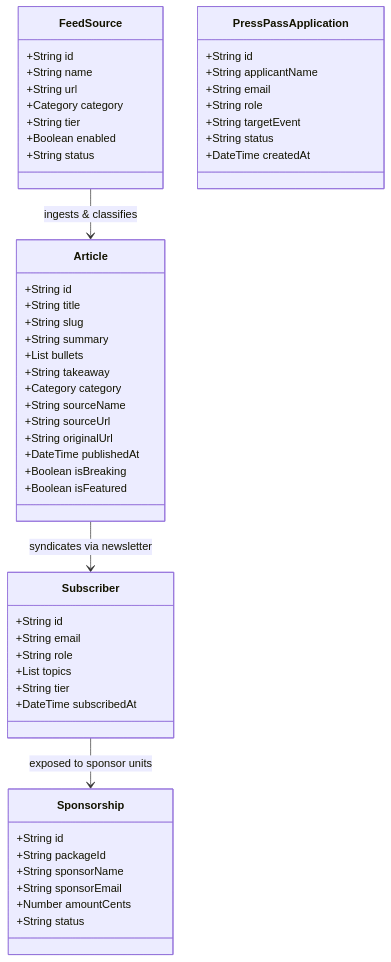
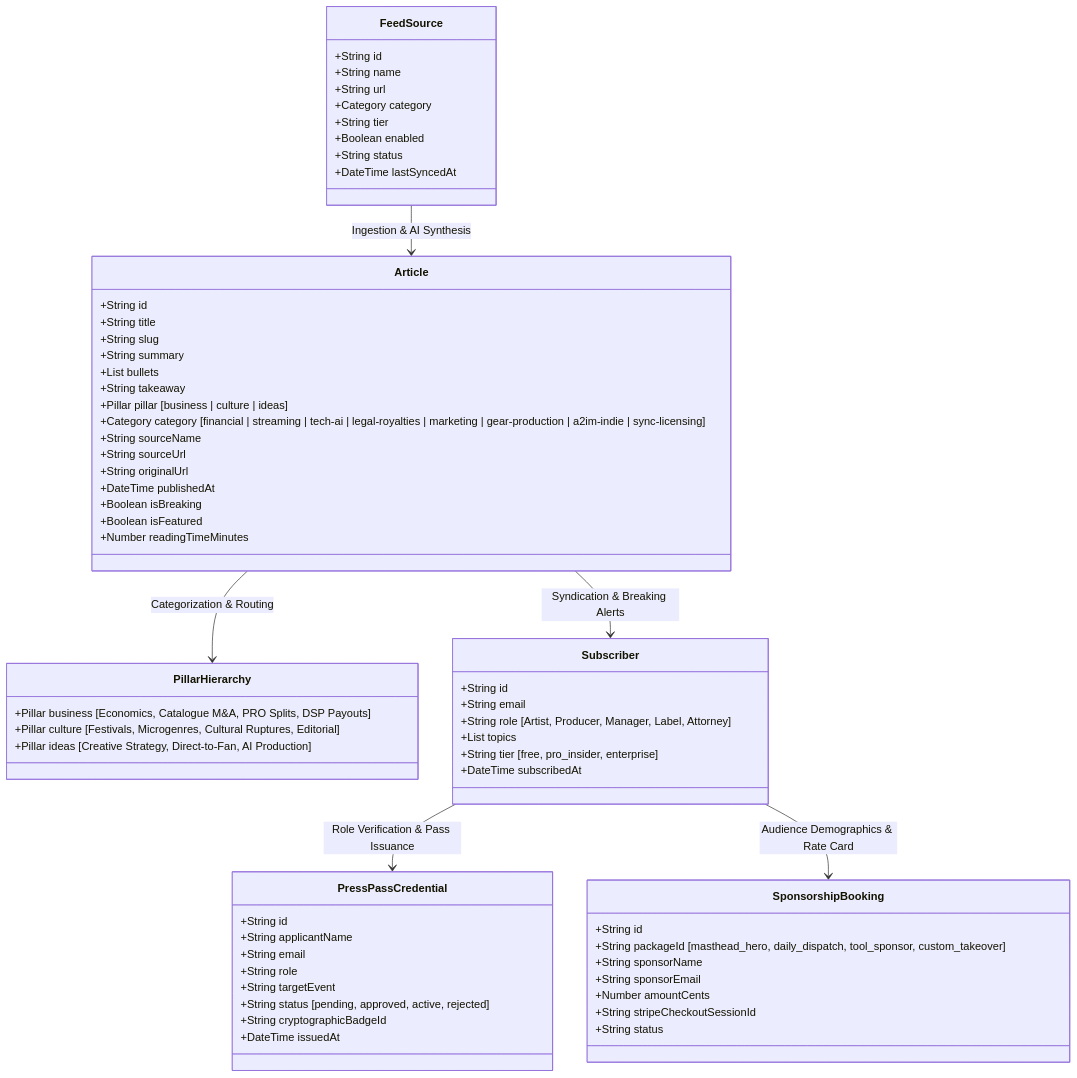
One commit to diamitani/artistdailynews changed the first of 2 diagrams in docs/04-ia.md. Above: the diagram before and after it, drawn with Mermaid. The commit also changed other lines of this file and 23 other files, not shown here.

Commit message:
feat(branding): uniform global header, rearchitected IA & sitemap, and official Artispreneur brand kit

````diff
--- a/docs/04-ia.md
+++ b/docs/04-ia.md
@@ -16,60 +20,73 @@
 ```mermaid
 classDiagram
     class Article {
         +String id
         +String title
         +String slug
         +String summary
         +List bullets
         +String takeaway
-        +Category category
+        +Pillar pillar [business | culture | ideas]
+        +Category category [financial | streaming | tech-ai | legal-royalties | marketing | gear-production | a2im-indie | sync-licensing]
         +String sourceName
         +String sourceUrl
         +String originalUrl
         +DateTime publishedAt
         +Boolean isBreaking
         +Boolean isFeatured
+        +Number readingTimeMinutes
+    }
+
+    class PillarHierarchy {
+        +Pillar business [Economics, Catalogue M&A, PRO Splits, DSP Payouts]
+        +Pillar culture [Festivals, Microgenres, Cultural Ruptures, Editorial]
+        +Pillar ideas [Creative Strategy, Direct-to-Fan, AI Production]
     }
 
     class FeedSource {
         +String id
         +String name
         +String url
         +Category category
         +String tier
         +Boolean enabled
         +String status
+        +DateTime lastSyncedAt
     }
 
     class Subscriber {
         +String id
         +String email
-        +String role
+        +String role [Artist, Producer, Manager, Label, Attorney]
         +List topics
-        +String tier
+        +String tier [free, pro_insider, enterprise]
         +DateTime subscribedAt
     }
 
-    class PressPassApplication {
+    class PressPassCredential {
         +String id
         +String applicantName
         +String email
         +String role
         +String targetEvent
-        +String status
-        +DateTime createdAt
+        +String status [pending, approved, active, rejected]
+        +String cryptographicBadgeId
+        +DateTime issuedAt
     }
 
-    class Sponsorship {
+    class SponsorshipBooking {
         +String id
-        +String packageId
+        +String packageId [masthead_hero, daily_dispatch, tool_sponsor, custom_takeover]
         +String sponsorName
         +String sponsorEmail
         +Number amountCents
+        +String stripeCheckoutSessionId
         +String status
     }
 
-    FeedSource --> Article : ingests & classifies
-    Article --> Subscriber : syndicates via newsletter
-    Subscriber --> Sponsorship : exposed to sponsor units
+    FeedSource --> Article : Ingestion & AI Synthesis
+    Article --> PillarHierarchy : Categorization & Routing
+    Article --> Subscriber : Syndication & Breaking Alerts
+    Subscriber --> PressPassCredential : Role Verification & Pass Issuance
+    Subscriber --> SponsorshipBooking : Audience Demographics & Rate Card
 ```
````
